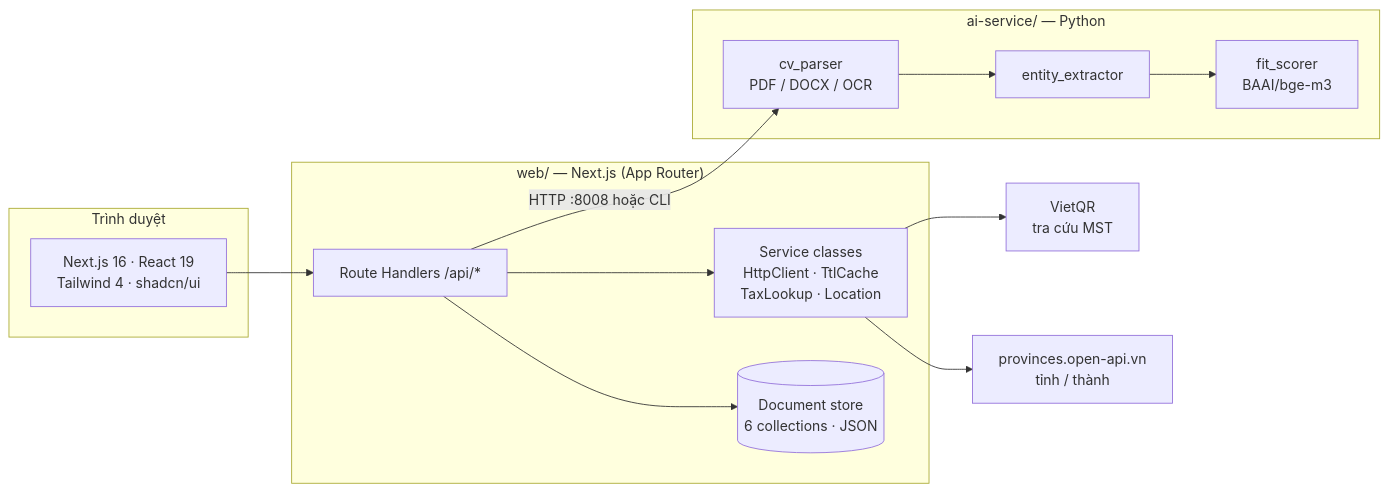
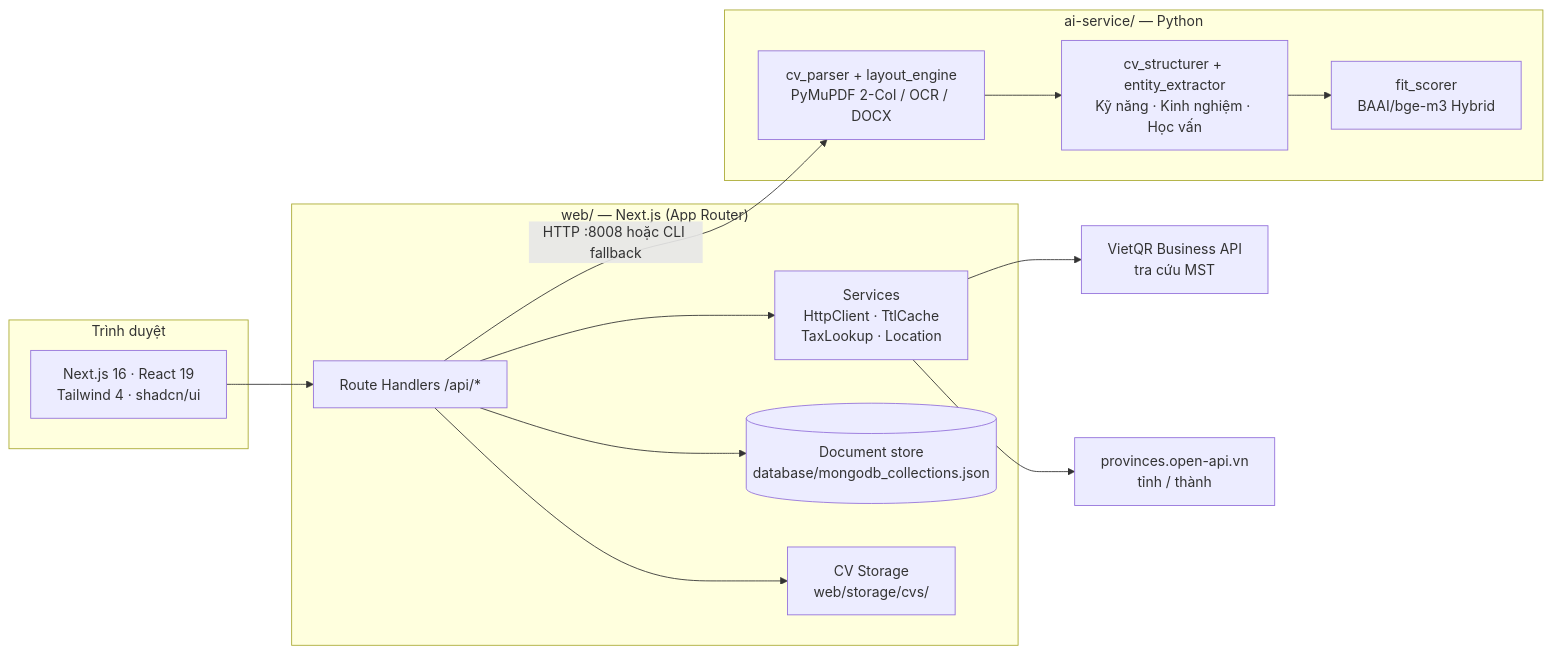
Before and after one commit to phamkhoa18/dungviec-platform: the first of 2 diagrams in README.md, drawn with Mermaid. The commit also changed other lines of this file and 17 other files, not shown here.

````diff
--- a/README.md
+++ b/README.md
@@ -90,29 +90,31 @@
 ```mermaid
 flowchart LR
     subgraph Client["Trình duyệt"]
         UI["Next.js 16 · React 19<br/>Tailwind 4 · shadcn/ui"]
     end
 
     subgraph Web["web/ — Next.js (App Router)"]
         API["Route Handlers /api/*"]
-        SVC["Service classes<br/>HttpClient · TtlCache<br/>TaxLookup · Location"]
-        STORE[("Document store<br/>6 collections · JSON")]
+        SVC["Services<br/>HttpClient · TtlCache<br/>TaxLookup · Location"]
+        STORE[("Document store<br/>database/mongodb_collections.json")]
+        FILES["CV Storage<br/>web/storage/cvs/"]
     end
 
     subgraph AI["ai-service/ — Python"]
-        PARSE["cv_parser<br/>PDF / DOCX / OCR"]
-        NER["entity_extractor"]
-        SCORE["fit_scorer<br/>BAAI/bge-m3"]
+        PARSE["cv_parser + layout_engine<br/>PyMuPDF 2-Col / OCR / DOCX"]
+        STRUCT["cv_structurer + entity_extractor<br/>Kỹ năng · Kinh nghiệm · Học vấn"]
+        SCORE["fit_scorer<br/>BAAI/bge-m3 Hybrid"]
     end
 
-    EXT1["VietQR<br/>tra cứu MST"]
+    EXT1["VietQR Business API<br/>tra cứu MST"]
     EXT2["provinces.open-api.vn<br/>tỉnh / thành"]
 
     UI --> API
     API --> STORE
-    API -->|"HTTP :8008 hoặc CLI"| PARSE
-    PARSE --> NER --> SCORE
+    API --> FILES
+    API -->|"HTTP :8008 hoặc CLI fallback"| PARSE
+    PARSE --> STRUCT --> SCORE
     API --> SVC
     SVC --> EXT1
     SVC --> EXT2
 ```
````
